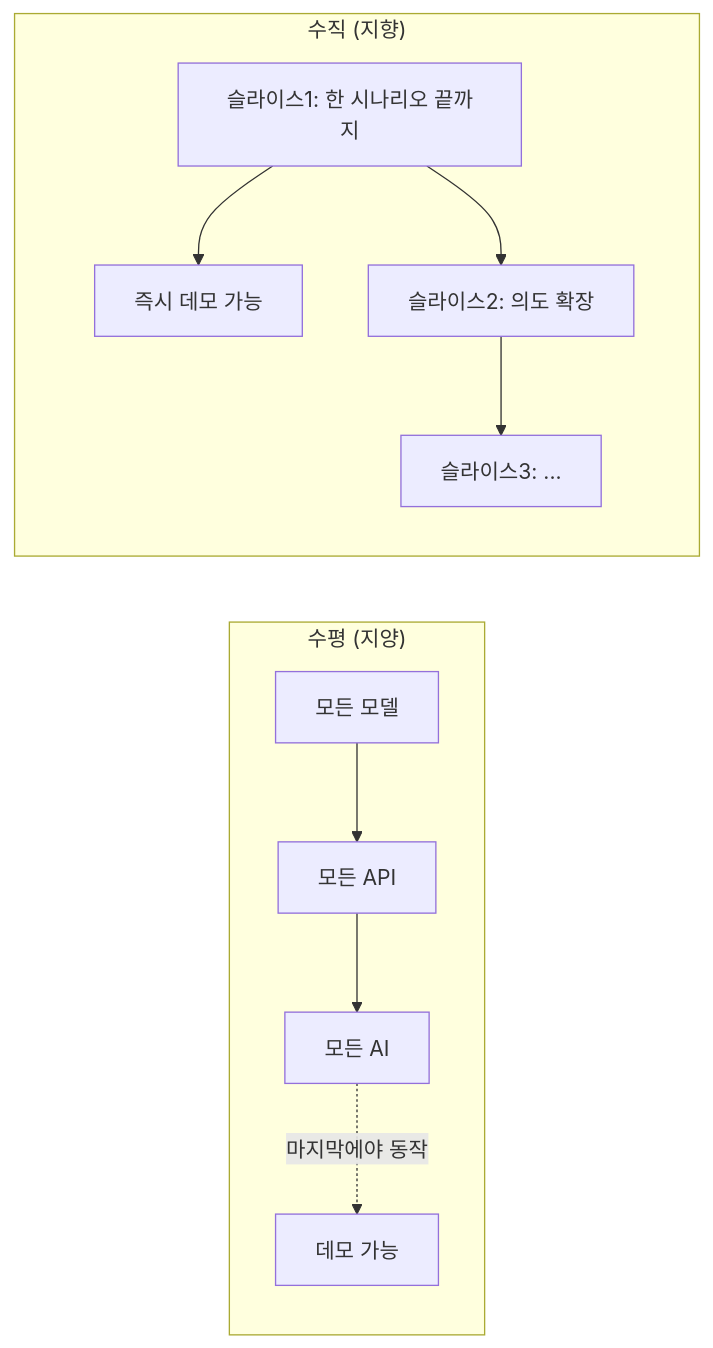
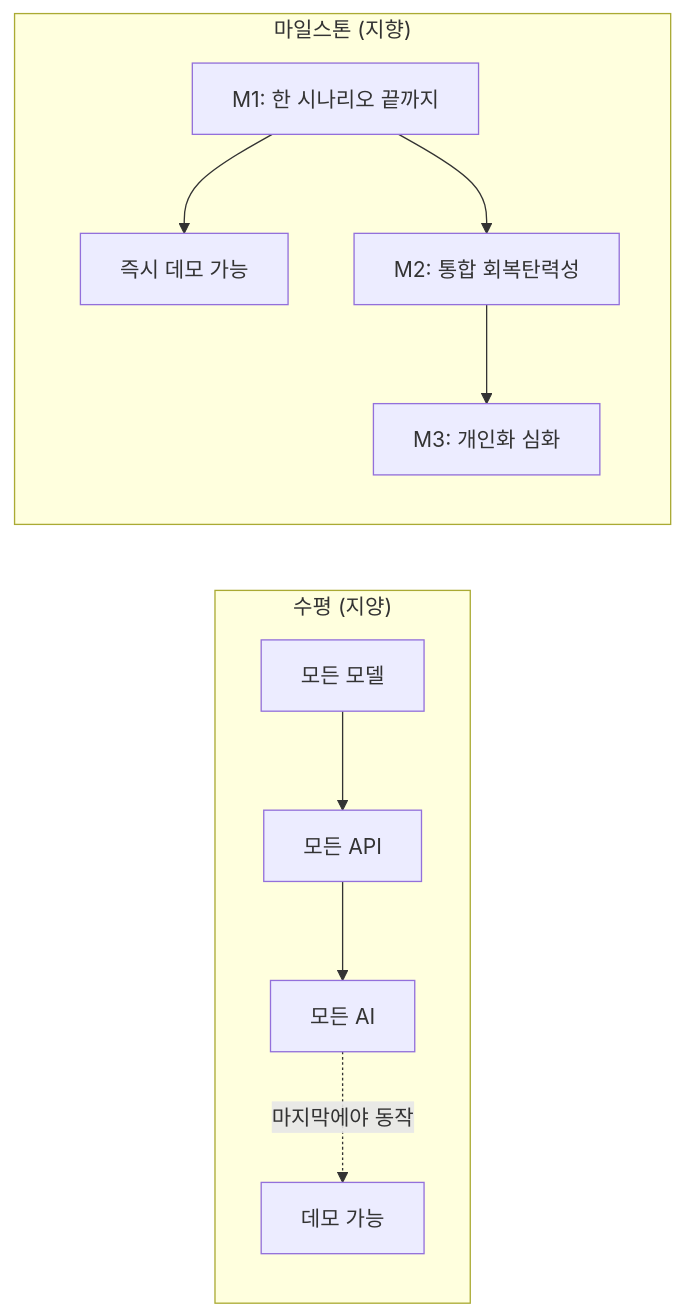
Before and after one commit to YoonMin02/JB-WM-backend: the diagram in docs/11_IMPLEMENTATION_ROADMAP.md, drawn with Mermaid. The commit also changed other lines of this file and 14 other files, not shown here.

````diff
--- a/docs/11_IMPLEMENTATION_ROADMAP.md
+++ b/docs/11_IMPLEMENTATION_ROADMAP.md
@@ -7,12 +7,12 @@
 ```mermaid
 flowchart LR
     subgraph H["수평 (지양)"]
         H1[모든 모델] --> H2[모든 API] --> H3[모든 AI]
         H3 -.->|마지막에야 동작| HD[데모 가능]
     end
-    subgraph V["수직 (지향)"]
-        V1[슬라이스1: 한 시나리오 끝까지] --> VD[즉시 데모 가능]
-        V1 --> V2[슬라이스2: 의도 확장]
-        V2 --> V3[슬라이스3: ...]
+    subgraph V["마일스톤 (지향)"]
+        V1[M1: 한 시나리오 끝까지] --> VD[즉시 데모 가능]
+        V1 --> V2[M2: 통합 회복탄력성]
+        V2 --> V3[M3: 개인화 심화]
     end
 ```
````
